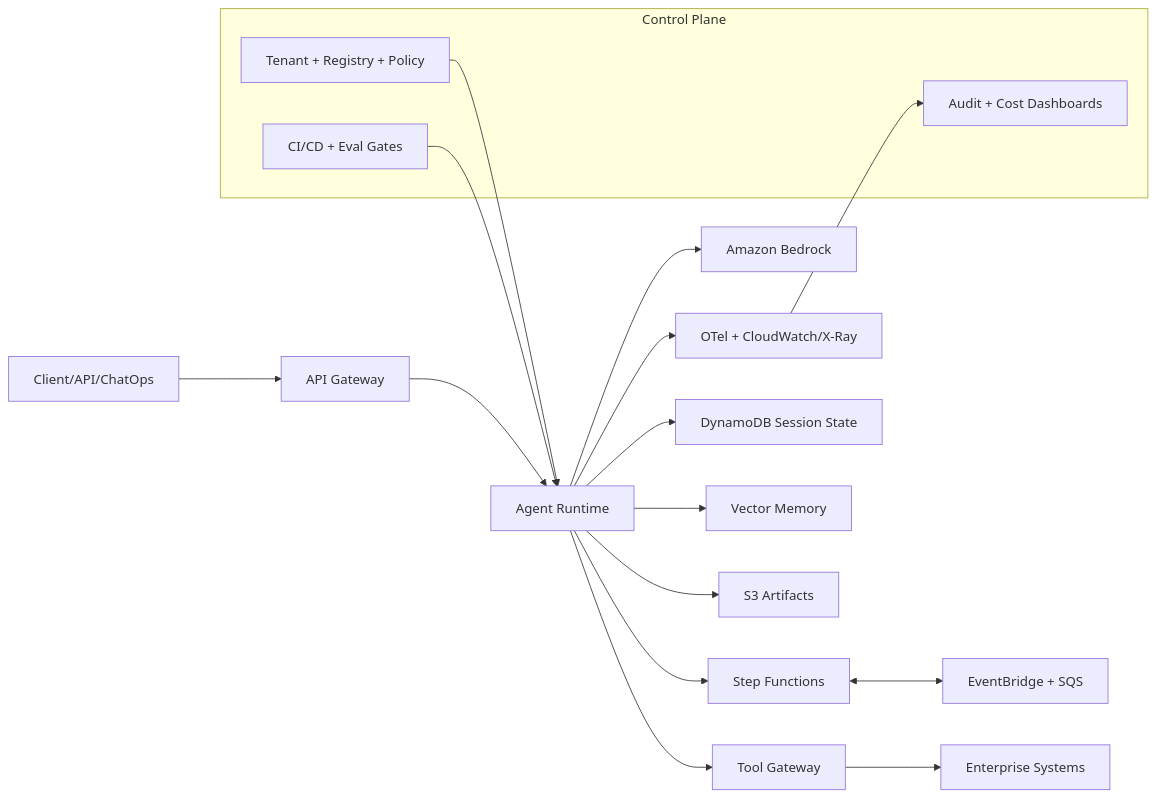
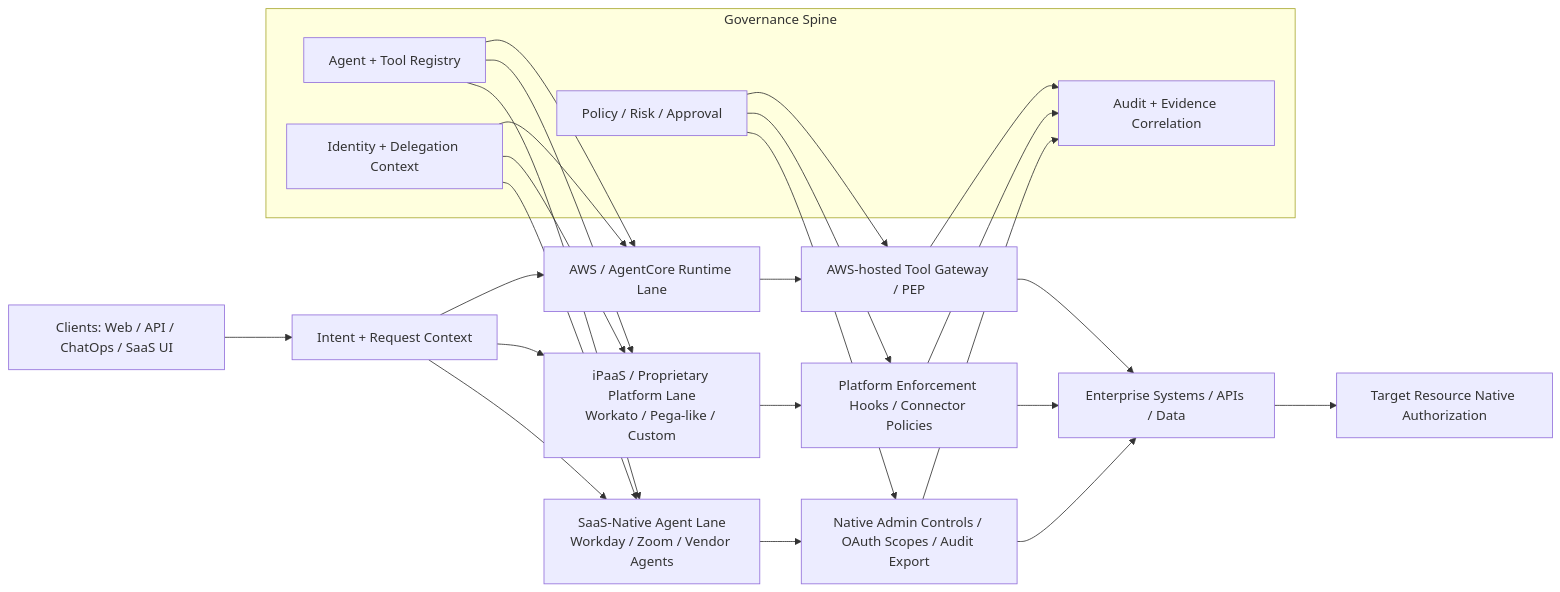
One commit to wit-oc/aws-agentic-platform-standard changed the diagram in docs/one-page-architecture.md. Above: the diagram before and after it, drawn with Mermaid. The commit also changed other lines of this file and 25 other files, not shown here.

First line of the commit message:
docs: add AgentCore prototype architecture package

````diff
--- a/docs/one-page-architecture.md
+++ b/docs/one-page-architecture.md
@@ -8,24 +11,37 @@
 ```mermaid
 flowchart LR
-    C[Client/API/ChatOps] --> G[API Gateway]
-    G --> R[Agent Runtime]
-    R --> O[Step Functions]
-    O <--> E[EventBridge + SQS]
-    R --> B[Amazon Bedrock]
-    R --> T[Tool Gateway]
-    R --> D[DynamoDB Session State]
-    R --> V[Vector Memory]
-    R --> S[S3 Artifacts]
-    R --> X[OTel + CloudWatch/X-Ray]
+    C[Clients: Web / API / ChatOps / SaaS UI] --> INTENT[Intent + Request Context]
 
-    subgraph ControlPlane[Control Plane]
-      A[Tenant + Registry + Policy]
-      P[CI/CD + Eval Gates]
-      U[Audit + Cost Dashboards]
+    subgraph GOV[Governance Spine]
+      REG[Agent + Tool Registry]
+      POL[Policy / Risk / Approval]
+      AUD[Audit + Evidence Correlation]
+      ID[Identity + Delegation Context]
     end
 
-    A --> R
-    P --> R
-    X --> U
-    T --> Z[Enterprise Systems]
+    INTENT --> AWSLANE[AWS / AgentCore Runtime Lane]
+    INTENT --> IPAAS[iPaaS / Proprietary Platform Lane\nWorkato / Pega-like / Custom]
+    INTENT --> SAAS[SaaS-Native Agent Lane\nWorkday / Zoom / Vendor Agents]
+
+    AWSLANE --> GW[AWS-hosted Tool Gateway / PEP]
+    IPAAS --> IPAASGW[Platform Enforcement Hooks / Connector Policies]
+    SAAS --> SAASCTRL[Native Admin Controls / OAuth Scopes / Audit Export]
+
+    REG --> AWSLANE
+    REG --> IPAAS
+    REG --> SAAS
+    ID --> AWSLANE
+    ID --> IPAAS
+    ID --> SAAS
+    POL --> GW
+    POL --> IPAASGW
+    POL --> SAASCTRL
+    GW --> AUD
+    IPAASGW --> AUD
+    SAASCTRL --> AUD
+
+    GW --> SYS[Enterprise Systems / APIs / Data]
+    IPAASGW --> SYS
+    SAASCTRL --> SYS
+    SYS --> AUTHZ[Target Resource Native Authorization]
 ```
````
